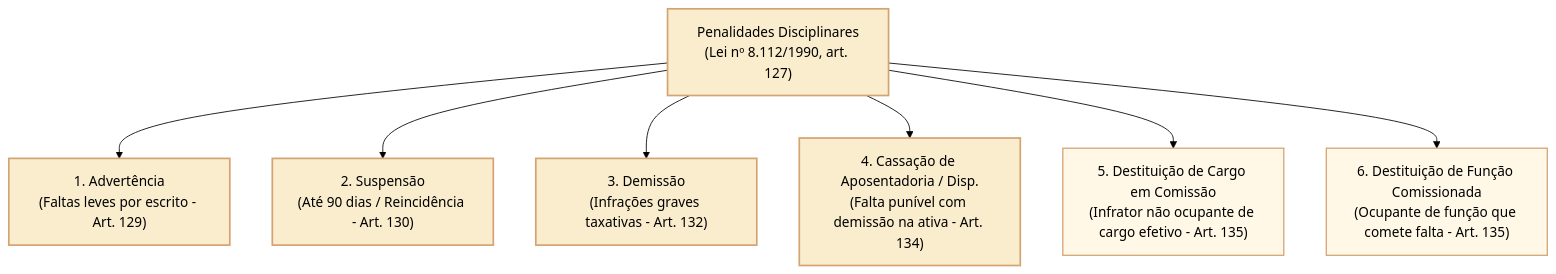
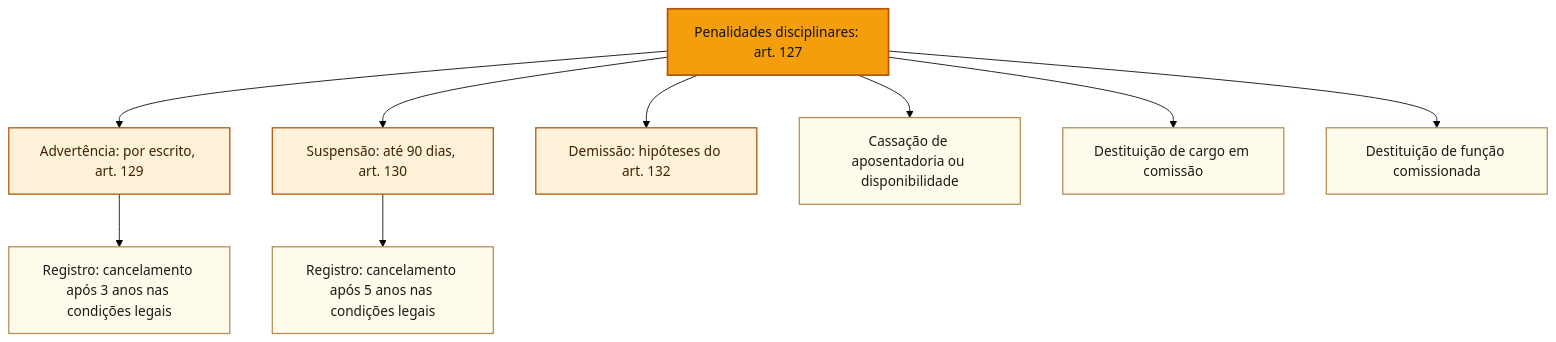
One commit to leorruas/concursos changed the second of 3 diagrams in 3 - Materias/Direito Administrativo/22 - lei 8112 responsabilidades e penalidades disciplinares.md. Above: the diagram before and after it, drawn with Mermaid (forest theme). The commit also changed other lines of this file, not shown here.

````diff
--- a/3 - Materias/Direito Administrativo/22 - lei 8112 responsabilidades e penalidades disciplinares.md
+++ b/3 - Materias/Direito Administrativo/22 - lei 8112 responsabilidades e penalidades disciplinares.md
@@ -98,15 +98,16 @@
 ```mermaid
 flowchart TD
-    classDef raiz fill:#faedcd,stroke:#d4a373,stroke-width:2px,color:#000000;
-    classDef criterio fill:#faedcd,stroke:#d4a373,stroke-width:2px,color:#000000;
-    classDef opcao fill:#fff8e7,stroke:#d4a373,stroke-width:1.5px,color:#000000;
+    classDef raiz fill:#f59e0b,stroke:#b45309,stroke-width:2px,color:#111111;
+    classDef criterio fill:#fff2d9,stroke:#b45309,stroke-width:1.5px,color:#3d2207;
+    classDef opcao fill:#fffbeb,stroke:#b68d58,stroke-width:1.5px,color:#1c1917;
 
-    PEN["Penalidades Disciplinares<br>(Lei nº 8.112/1990, art. 127)"]:::raiz
-    
-    PEN --> P1["1. Advertência<br>(Faltas leves por escrito - Art. 129)"]:::criterio
-    PEN --> P2["2. Suspensão<br>(Até 90 dias / Reincidência - Art. 130)"]:::criterio
-    PEN --> P3["3. Demissão<br>(Infrações graves taxativas - Art. 132)"]:::raiz
-    PEN --> P4["4. Cassação de Aposentadoria / Disp.<br>(Falta punível com demissão na ativa - Art. 134)"]:::raiz
-    PEN --> P5["5. Destituição de Cargo em Comissão<br>(Infrator não ocupante de cargo efetivo - Art. 135)"]:::opcao
-    PEN --> P6["6. Destituição de Função Comissionada<br>(Ocupante de função que comete falta - Art. 135)"]:::opcao
+    A["Penalidades disciplinares: art. 127"]:::raiz
+    A --> B["Advertência: por escrito, art. 129"]:::criterio
+    A --> C["Suspensão: até 90 dias, art. 130"]:::criterio
+    A --> D["Demissão: hipóteses do art. 132"]:::criterio
+    A --> E["Cassação de aposentadoria ou disponibilidade"]:::opcao
+    A --> F["Destituição de cargo em comissão"]:::opcao
+    A --> G["Destituição de função comissionada"]:::opcao
+    B --> H["Registro: cancelamento após 3 anos nas condições legais"]:::opcao
+    C --> I["Registro: cancelamento após 5 anos nas condições legais"]:::opcao
 ```
````
